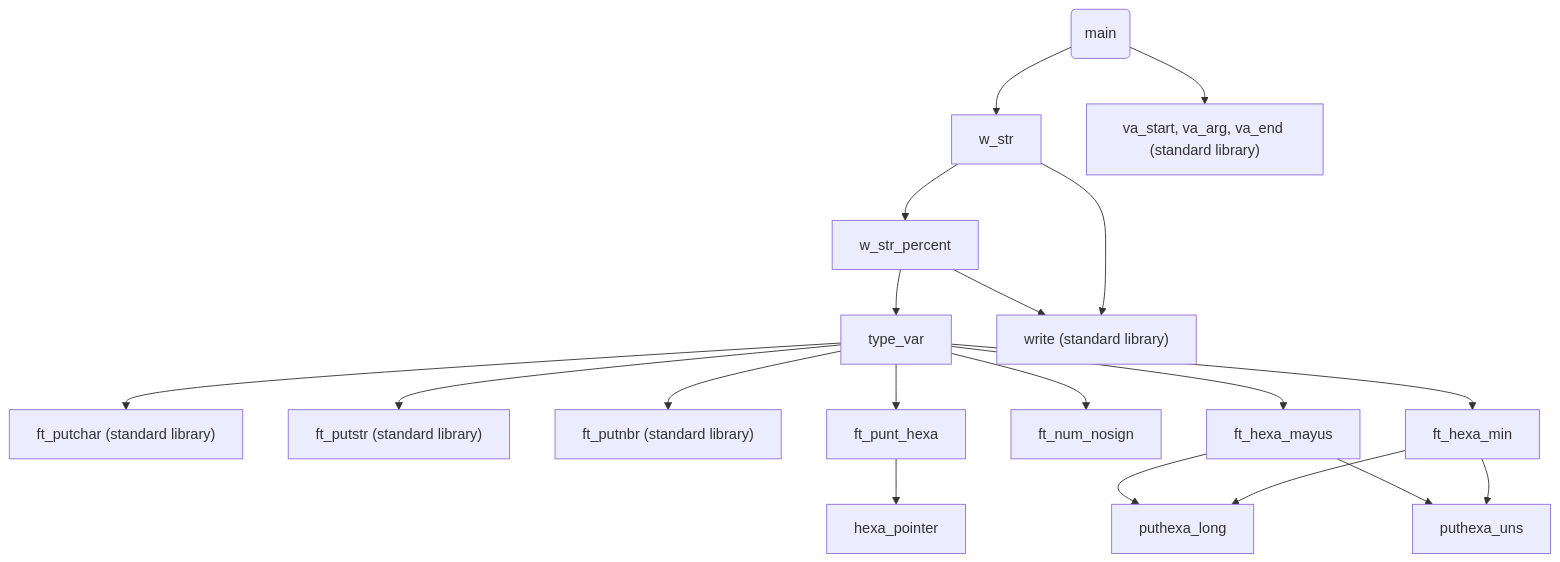
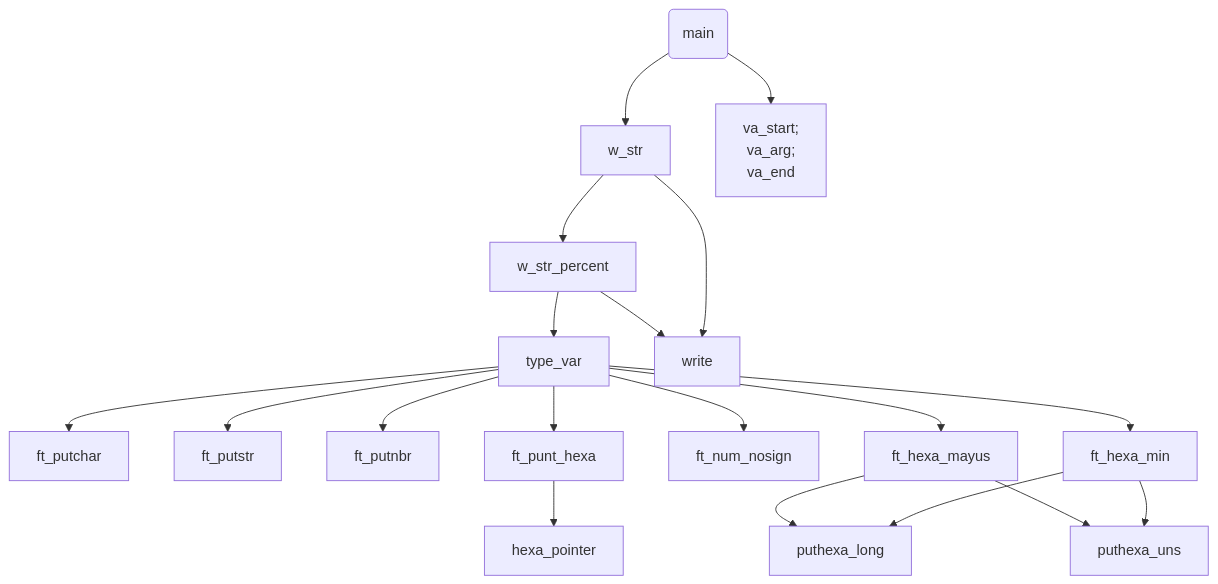
One commit to diegonmarcos/L-ecole-42 changed the diagram in 1.Projects/C1_ft_printf/README.md. Above: the diagram before and after it, drawn with Mermaid. The commit also changed other lines of this file, not shown here.

````diff
--- a/1.Projects/C1_ft_printf/README.md
+++ b/1.Projects/C1_ft_printf/README.md
@@ -56,21 +56,23 @@
 ```mermaid
 graph TD
     ft_printf(main) --> w_str
     w_str --> w_str_percent
     w_str_percent --> type_var
-    type_var --> ft_putchar["ft_putchar (standard library)"]
-    type_var --> ft_putstr["ft_putstr (standard library)"]
-    type_var --> ft_putnbr["ft_putnbr (standard library)"]
+    type_var --> ft_putchar["ft_putchar"]
+    type_var --> ft_putstr["ft_putstr"]
+    type_var --> ft_putnbr["ft_putnbr"]
     type_var --> ft_punt_hexa
     ft_punt_hexa --> hexa_pointer
     type_var --> ft_num_nosign
     type_var --> ft_hexa_mayus
     ft_hexa_mayus --> puthexa_long
     ft_hexa_mayus --> puthexa_uns
     type_var --> ft_hexa_min
     ft_hexa_min --> puthexa_long
     ft_hexa_min --> puthexa_uns
-    w_str_percent --> write["write (standard library)"]
-    w_str --> write["write (standard library)"]
-    ft_printf(main) --> va_start_va_arg_va_end["va_start, va_arg, va_end (standard library)"]
+    w_str_percent --> write
+    w_str --> write
+    ft_printf(main) --> va_start_va_arg_va_end["va_start; 
+    va_arg; 
+    va_end"]
 ```
````
